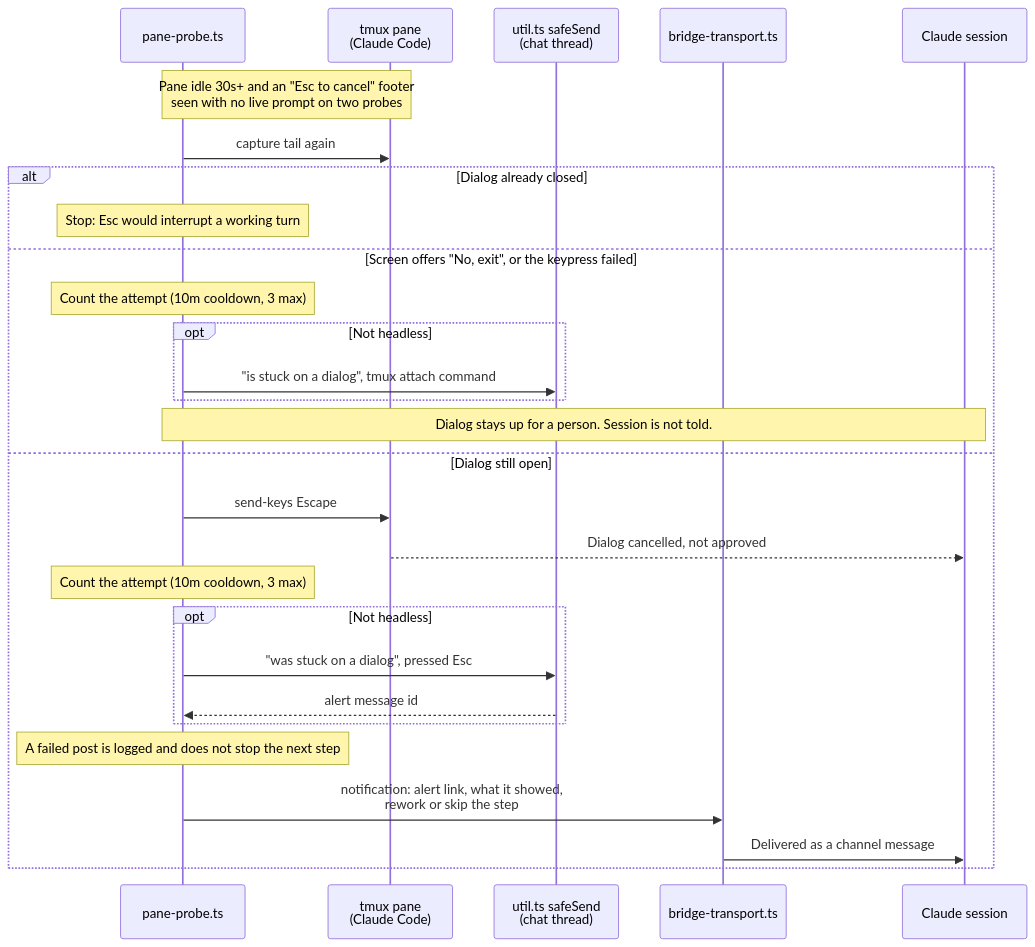
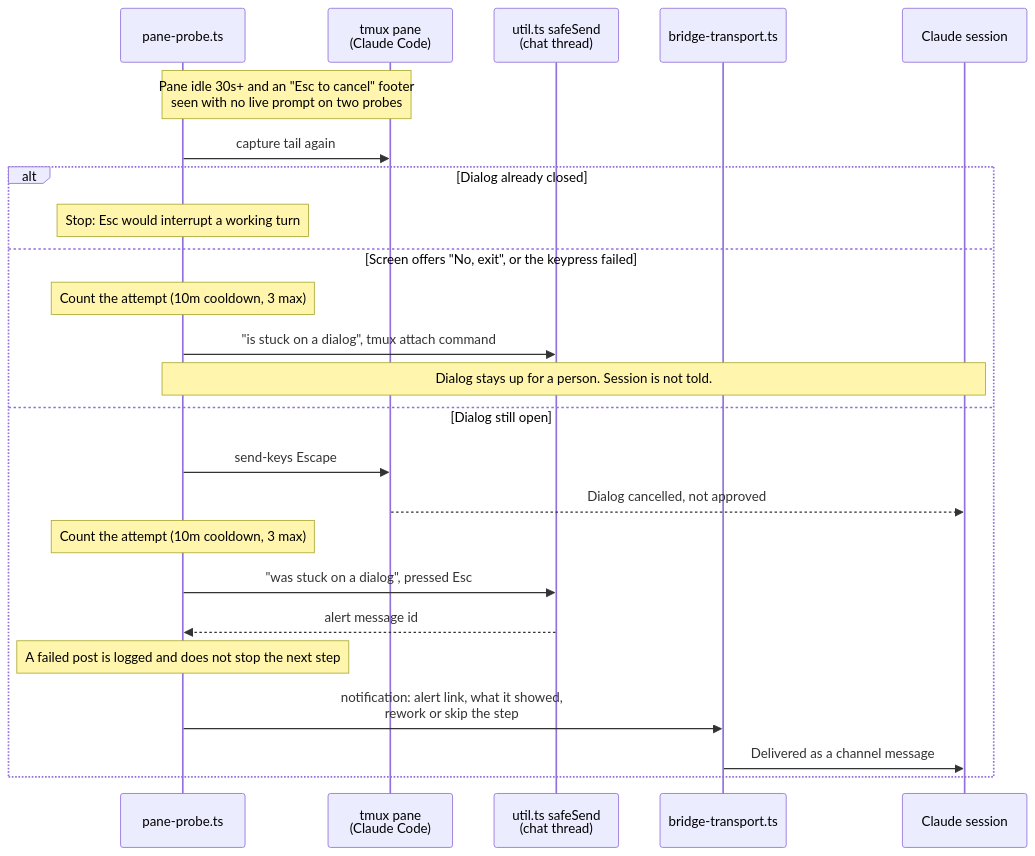
Before and after one commit to sf8193/hydra: the diagram in diagrams/flow-dialog-dismiss.mmd, drawn with Mermaid. The commit also changed 38 other files, not shown here.

```diff
--- a/diagrams/flow-dialog-dismiss.mmd
+++ b/diagrams/flow-dialog-dismiss.mmd
@@ -1,33 +1,29 @@
 %% Dialog Dismissal — a dialog nobody answers gets cancelled, and the session is told
 %% Esc only ever cancels. Screens that offer "No, exit" stay alert-only, because Esc would end the session.
 
 sequenceDiagram
     participant Probe as pane-probe.ts
     participant Pane as tmux pane<br/>(Claude Code)
     participant Thread as util.ts safeSend<br/>(chat thread)
     participant Transport as bridge-transport.ts
     participant Session as Claude session
 
     Note over Probe,Pane: Pane idle 30s+ and an "Esc to cancel" footer<br/>seen with no live prompt on two probes
     Probe->>Pane: capture tail again
 
     alt Dialog already closed
         Note over Probe: Stop: Esc would interrupt a working turn
     else Screen offers "No, exit", or the keypress failed
         Note over Probe: Count the attempt (10m cooldown, 3 max)
-        opt Not headless
-            Probe->>Thread: "is stuck on a dialog", tmux attach command
-        end
+        Probe->>Thread: "is stuck on a dialog", tmux attach command
         Note over Probe,Session: Dialog stays up for a person. Session is not told.
     else Dialog still open
         Probe->>Pane: send-keys Escape
         Pane-->>Session: Dialog cancelled, not approved
         Note over Probe: Count the attempt (10m cooldown, 3 max)
-        opt Not headless
-            Probe->>Thread: "was stuck on a dialog", pressed Esc
-            Thread-->>Probe: alert message id
-        end
+        Probe->>Thread: "was stuck on a dialog", pressed Esc
+        Thread-->>Probe: alert message id
         Note over Probe: A failed post is logged and does not stop the next step
         Probe->>Transport: notification: alert link, what it showed,<br/>rework or skip the step
         Transport->>Session: Delivered as a channel message
     end
```
